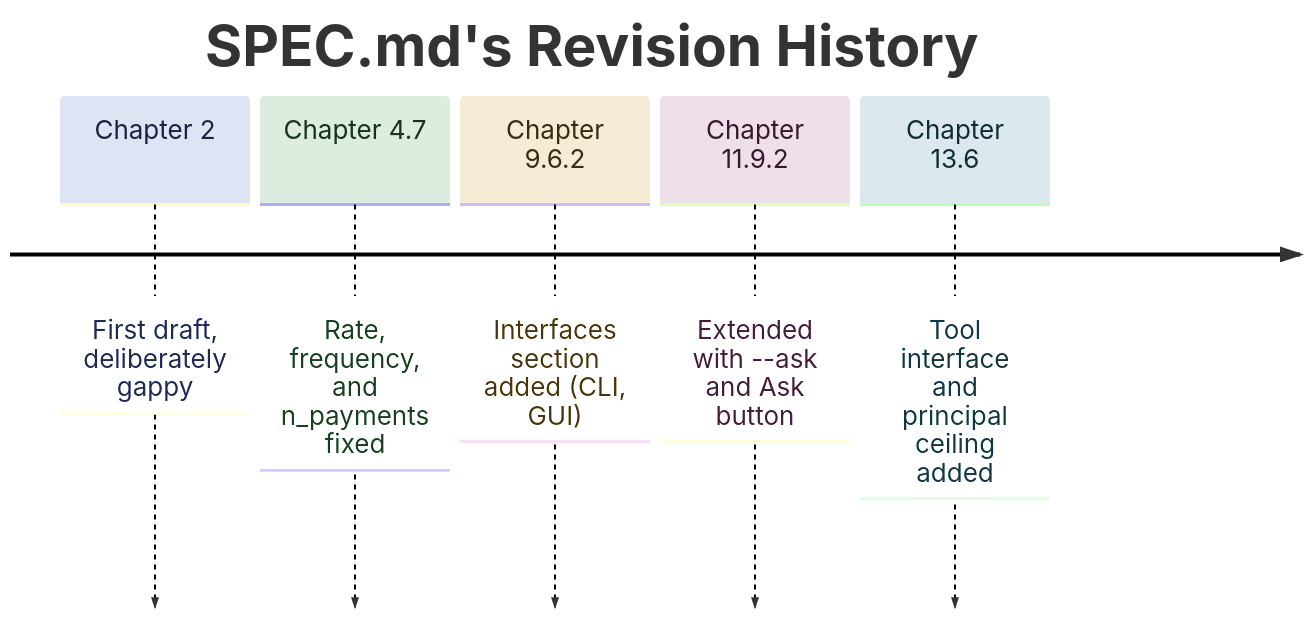
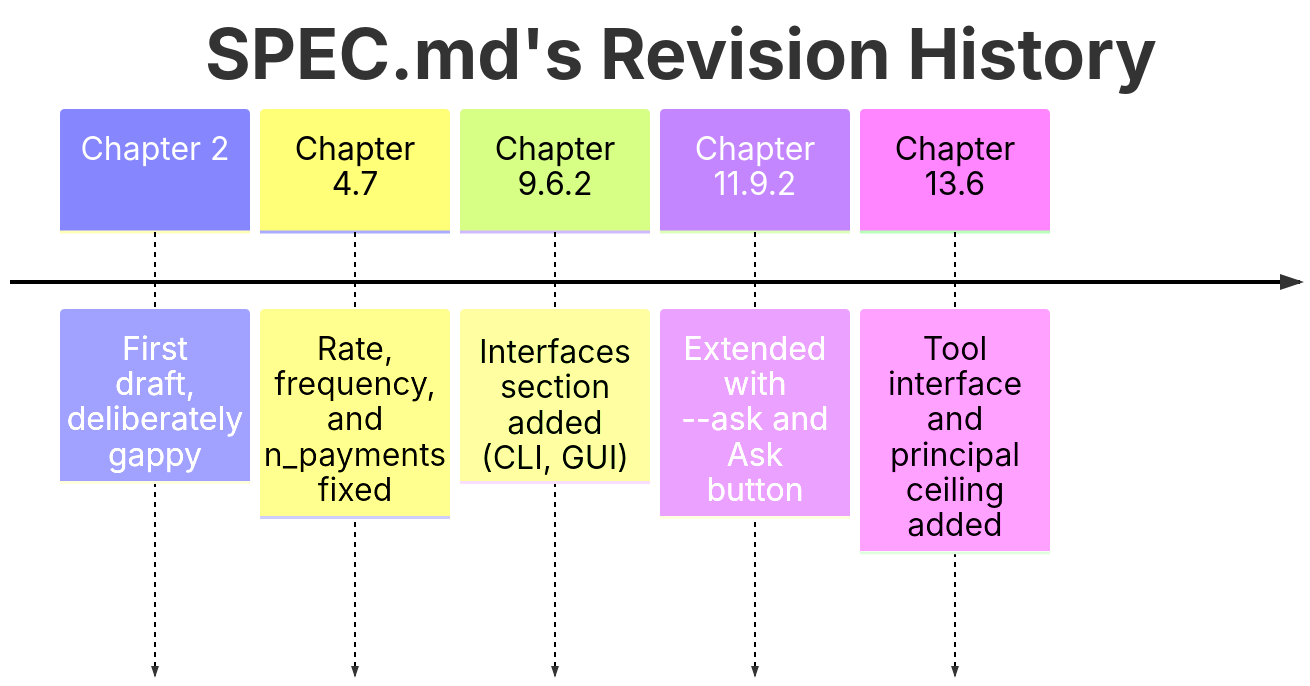
Before and after one commit to rioffe/intro_to_ai_software_engineering: the fourth of 4 diagrams in manuscript/14-hardening.md, drawn with Mermaid. The commit also changed 2 other files, not shown here.

First paragraph of the commit message:
13.6: re-pin the timeline's colours under redux-color
The timeline was the one diagram redux-color made loud, replacing the
tuned pale fills with saturated magenta, teal and orange.

````diff
--- a/manuscript/14-hardening.md
+++ b/manuscript/14-hardening.md
@@ -372,24 +372,15 @@
 ```mermaid
 ---
 config:
   themeVariables:
-    fontSize: 26px
-    cScale0: '#dfe4f5'
-    cScaleLabel0: '#1b2340'
-    cScale1: '#dcecdf'
-    cScaleLabel1: '#17331d'
-    cScale2: '#f6ecd6'
-    cScaleLabel2: '#3a2c11'
-    cScale3: '#efdfe9'
-    cScaleLabel3: '#361a2d'
-    cScale4: '#dbe9ee'
-    cScaleLabel4: '#122c36'
+    fontSize: 32px
+  themeCSS: ".section--1 rect, .section--1 circle, .section--1 path { fill: #dfe4f5 !important; stroke: #28253D !important; stroke-width: 1.5px !important; } .section-0 rect, .section-0 circle, .section-0 path { fill: #dcecdf !important; stroke: #28253D !important; stroke-width: 1.5px !important; } .section-1 rect, .section-1 circle, .section-1 path { fill: #f6ecd6 !important; stroke: #28253D !important; stroke-width: 1.5px !important; } .section-2 rect, .section-2 circle, .section-2 path { fill: #efdfe9 !important; stroke: #28253D !important; stroke-width: 1.5px !important; } .section-3 rect, .section-3 circle, .section-3 path { fill: #dbe9ee !important; stroke: #28253D !important; stroke-width: 1.5px !important; } .section--1 text, .section-0 text, .section-1 text, .section-2 text, .section-3 text { fill: #28253D !important; }"
 ---
 timeline
     title SPEC.md's Revision History
     Chapter 2 : First draft, deliberately gappy
     Chapter 4.7 : Rate, frequency, and n_payments fixed
     Chapter 9.6.2 : Interfaces section added (CLI, GUI)
     Chapter 11.9.2 : Extended with --ask and Ask button
     Chapter 13.6 : Tool interface and principal ceiling added
 ```
````
